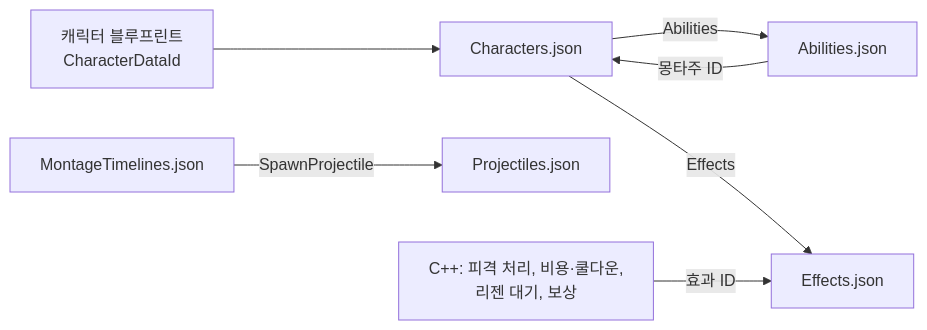
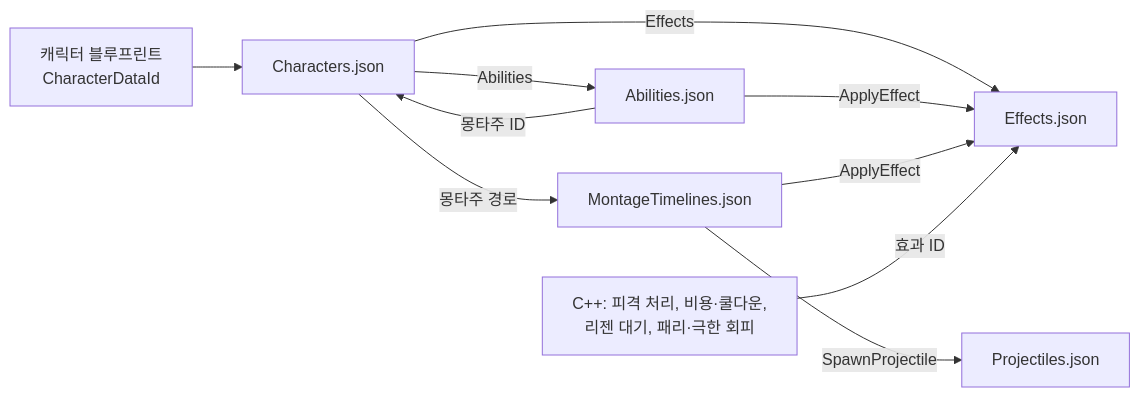
The first of 2 diagrams in Docs/Program/JSON 데이터.md (Woogl/Ag), drawn with Mermaid before and after one commit. The commit also changed other lines of this file and 15 other files, not shown here.

````diff
--- a/Docs/Program/JSON 데이터.md
+++ b/Docs/Program/JSON 데이터.md
@@ -40,9 +40,12 @@
 ```mermaid
 flowchart LR
     BP["캐릭터 블루프린트<br>CharacterDataId"] --> C["Characters.json"]
     C -->|"Abilities"| A["Abilities.json"]
     C -->|"Effects"| E["Effects.json"]
     A -->|"몽타주 ID"| C
-    T["MontageTimelines.json"] -->|"SpawnProjectile"| P["Projectiles.json"]
-    K["C++: 피격 처리, 비용·쿨다운,<br>리젠 대기, 보상"] -->|"효과 ID"| E
+    A -->|"ApplyEffect"| E
+    C -->|"몽타주 경로"| T["MontageTimelines.json"]
+    T -->|"ApplyEffect"| E
+    T -->|"SpawnProjectile"| P["Projectiles.json"]
+    K["C++: 피격 처리, 비용·쿨다운,<br>리젠 대기, 패리·극한 회피"] -->|"효과 ID"| E
 ```
````
